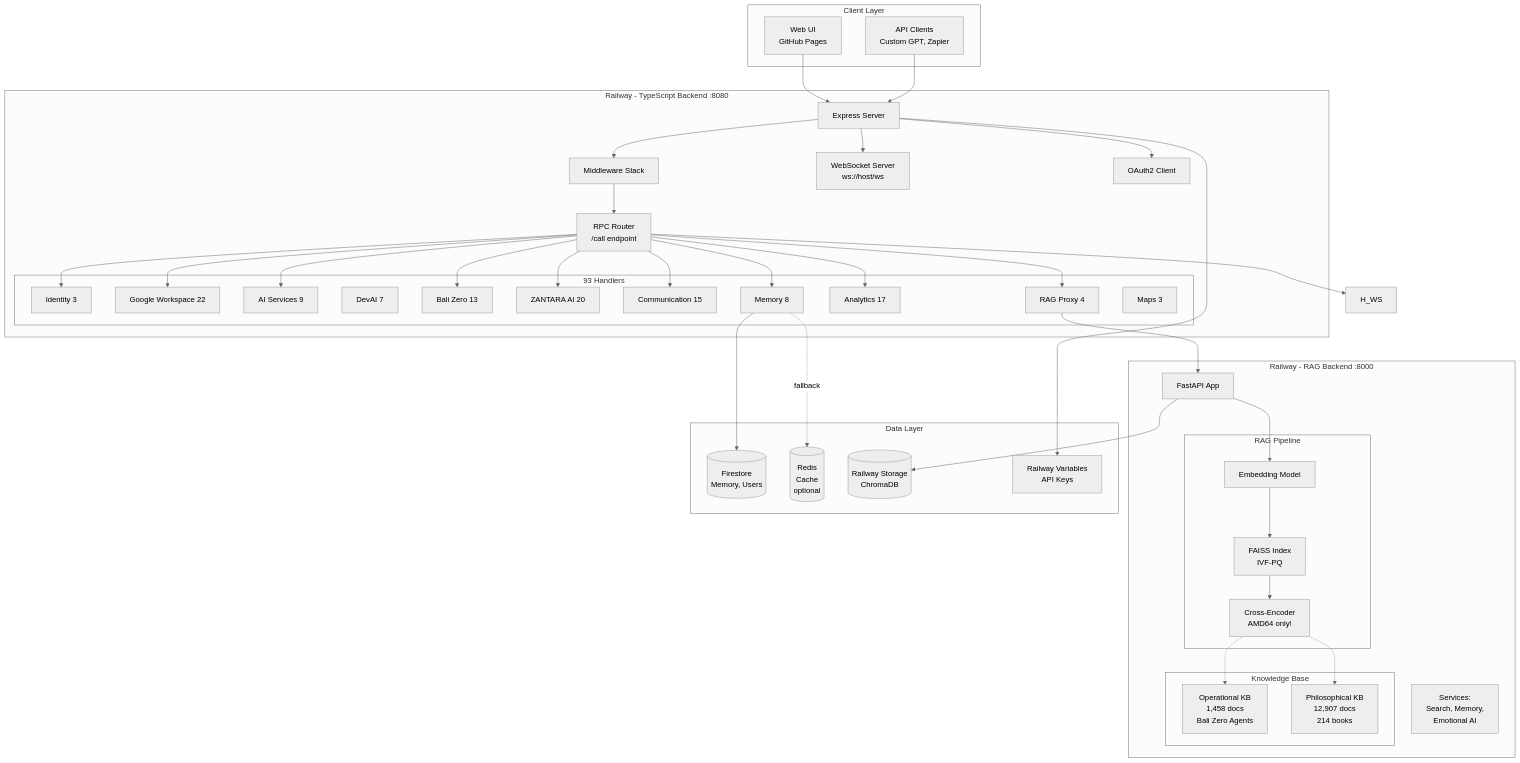
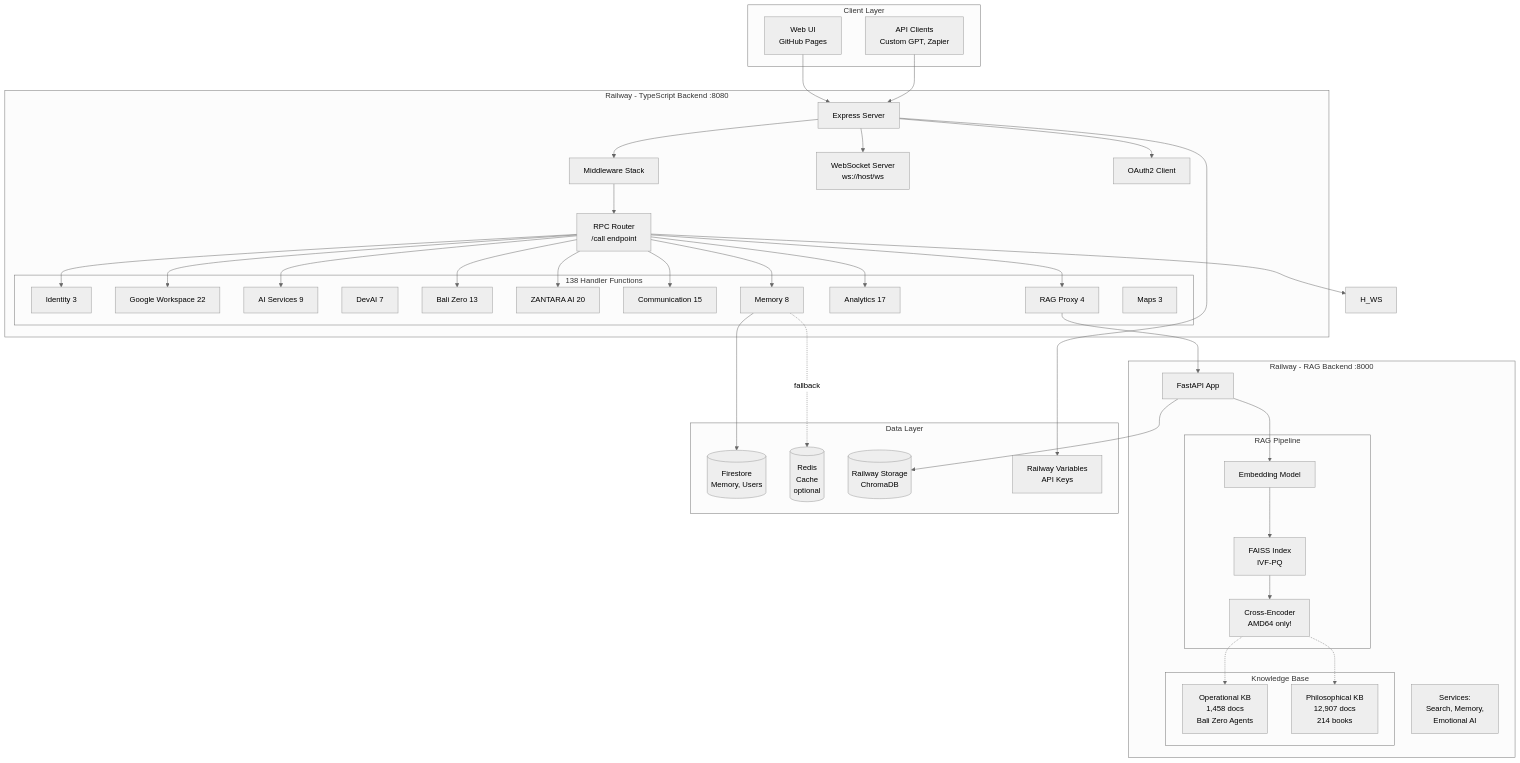
One commit to Balizero1987/nuzantara changed the first of 4 diagrams in docs/architecture/ARCHITECTURE.md. Above: the diagram before and after it, drawn with Mermaid (neutral theme). The commit also changed other lines of this file and 9 other files, not shown here.

First line of the commit message:
docs: update architecture documentation - handlers 93→138

````diff
--- a/docs/architecture/ARCHITECTURE.md
+++ b/docs/architecture/ARCHITECTURE.md
@@ -19,76 +19,76 @@
 ```mermaid
 graph TB
     subgraph "Client Layer"
         WebUI[Web UI<br/>GitHub Pages]
         API_Clients[API Clients<br/>Custom GPT, Zapier]
     end
 
     subgraph "Railway - TypeScript Backend :8080"
         Express[Express Server]
         Router[RPC Router<br/>/call endpoint]
         MW[Middleware Stack]
 
-        subgraph "93 Handlers"
+        subgraph "138 Handler Functions"
             H_Identity[Identity 3]
             H_GWS[Google Workspace 22]
             H_AI[AI Services 9]
             H_DevAI[DevAI 7]
             H_BZ[Bali Zero 13]
             H_Zantara[ZANTARA AI 20]
             H_Comm[Communication 15]
             H_Memory[Memory 8]
             H_Analytics[Analytics 17]
             H_RAG[RAG Proxy 4]
             H_Maps[Maps 3]
         end
 
         WS[WebSocket Server<br/>ws://host/ws]
         OAuth[OAuth2 Client]
     end
 
     subgraph "Railway - RAG Backend :8000"
         FastAPI[FastAPI App]
 
         subgraph "RAG Pipeline"
             Embed[Embedding Model]
             FAISS[FAISS Index<br/>IVF-PQ]
             Rerank[Cross-Encoder<br/>AMD64 only!]
         end
 
         subgraph "Knowledge Base"
             KB_Ops[Operational KB<br/>1,458 docs<br/>Bali Zero Agents]
             KB_Phil[Philosophical KB<br/>12,907 docs<br/>214 books]
         end
 
         Services[Services:<br/>Search, Memory,<br/>Emotional AI]
     end
 
     subgraph "Data Layer"
         Firestore[(Firestore<br/>Memory, Users)]
         Redis[(Redis<br/>Cache<br/>optional)]
         Storage[(Railway Storage<br/>ChromaDB)]
         EnvVars[Railway Variables<br/>API Keys]
     end
 
     WebUI --> Express
     API_Clients --> Express
     Express --> MW
     MW --> Router
     Router --> H_Identity & H_GWS & H_AI & H_BZ & H_Zantara
     Router --> H_Comm & H_Memory & H_Analytics & H_RAG & H_WS
 
     H_RAG --> FastAPI
     FastAPI --> Embed
     Embed --> FAISS
     FAISS --> Rerank
     Rerank -.-> KB_Ops
     Rerank -.-> KB_Phil
 
     Express --> WS
     Express --> OAuth
 
     H_Memory --> Firestore
     H_Memory -.fallback.-> Redis
     FastAPI --> Storage
     Express --> EnvVars
 ```
````
